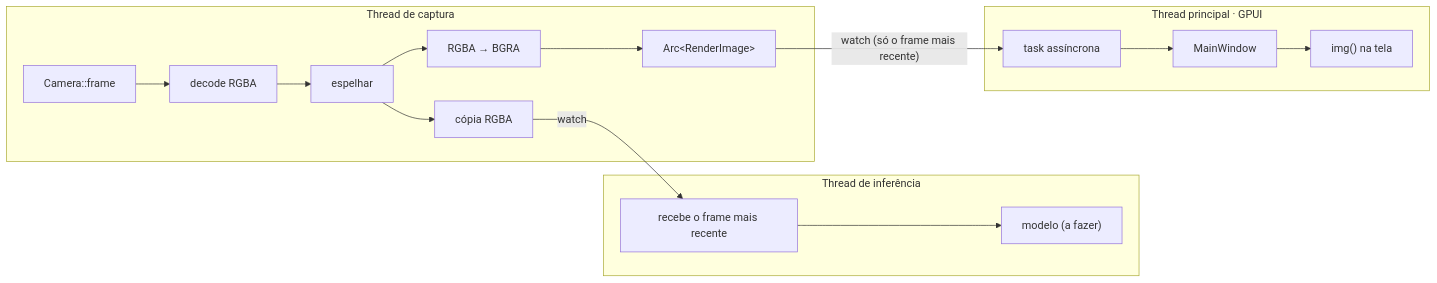
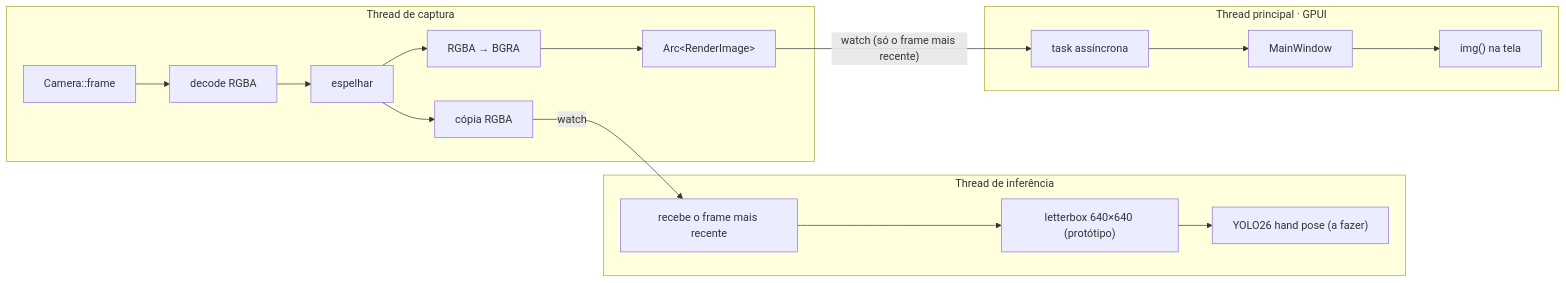
One commit to Guilherme-j10/motion_track changed the second of 2 diagrams in README.md. Above: the diagram before and after it, drawn with Mermaid. The commit also changed other lines of this file and 6 other files, not shown here.

First line of the commit message:
Adiciona ort e modelo YOLO26 hand pose, escolhe formato da câmera pela resolução do modelo

````diff
--- a/README.md
+++ b/README.md
@@ -44,22 +44,23 @@
 ```mermaid
 flowchart LR
     subgraph T1[Thread de captura]
         A[Camera::frame] --> B[decode RGBA]
         B --> C[espelhar]
         C --> R[cópia RGBA]
         C --> D[RGBA → BGRA]
         D --> E["Arc&lt;RenderImage&gt;"]
     end
 
     subgraph T3[Thread de inferência]
-        I[recebe o frame mais recente] --> J["modelo (a fazer)"]
+        I[recebe o frame mais recente] --> K["letterbox 640×640 (protótipo)"]
+        K --> J["YOLO26 hand pose (a fazer)"]
     end
 
     subgraph T2[Thread principal · GPUI]
         F[task assíncrona] --> G[MainWindow]
         G --> H["img() na tela"]
     end
 
     R -->|watch| I
     E -->|"watch (só o frame mais recente)"| F
 ```
````
